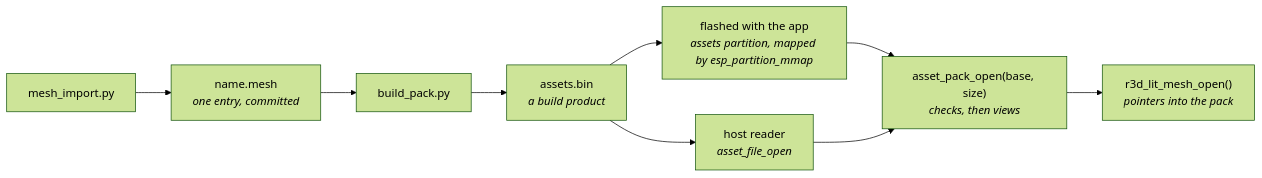
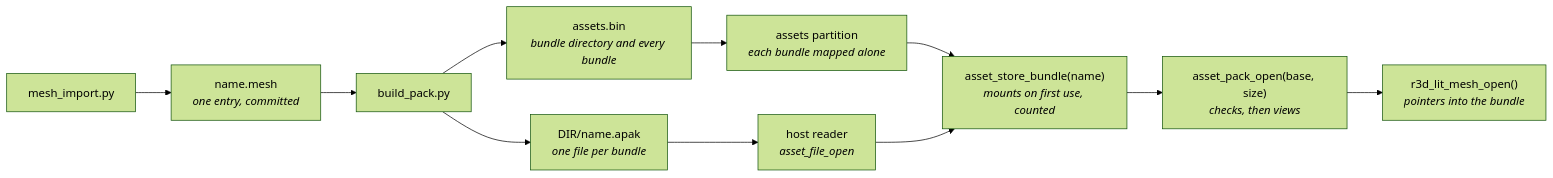
Before and after one commit to jose-villegas/autana: the diagram in docs/assets/README.md, drawn with Mermaid (forest theme). The commit also changed other lines of this file and 37 other files, not shown here.

First line of the commit message:
asset: bundles, one pack per root asset, replace the single pack

````diff
--- a/docs/assets/README.md
+++ b/docs/assets/README.md
@@ -8,11 +10,13 @@
 ```mermaid
 flowchart LR
     Import["mesh_import.py"] --> Entry["name.mesh<br/><i>one entry, committed</i>"]
     Entry --> Build["build_pack.py"]
-    Build --> Pack["assets.bin<br/><i>a build product</i>"]
-    Pack --> Flash["flashed with the app<br/><i>assets partition, mapped by esp_partition_mmap</i>"]
-    Pack --> Host["host reader<br/><i>asset_file_open</i>"]
-    Flash --> Open["asset_pack_open(base, size)<br/><i>checks, then views</i>"]
-    Host --> Open
-    Open --> View["r3d_lit_mesh_open()<br/><i>pointers into the pack</i>"]
+    Build --> Files["DIR/name.apak<br/><i>one file per bundle</i>"]
+    Build --> Image["assets.bin<br/><i>bundle directory and every bundle</i>"]
+    Image --> Flash["assets partition<br/><i>each bundle mapped alone</i>"]
+    Files --> Host["host reader<br/><i>asset_file_open</i>"]
+    Flash --> Store["asset_store_bundle(name)<br/><i>mounts on first use, counted</i>"]
+    Host --> Store
+    Store --> Open["asset_pack_open(base, size)<br/><i>checks, then views</i>"]
+    Open --> View["r3d_lit_mesh_open()<br/><i>pointers into the bundle</i>"]
 ```
````
